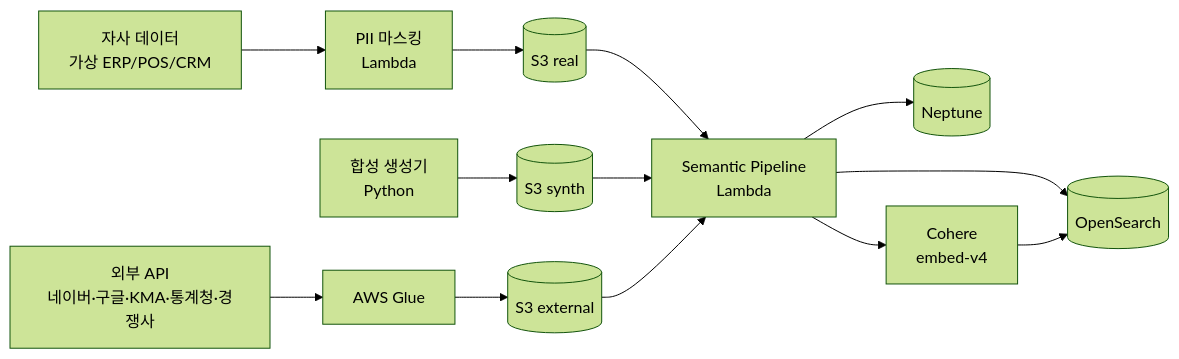
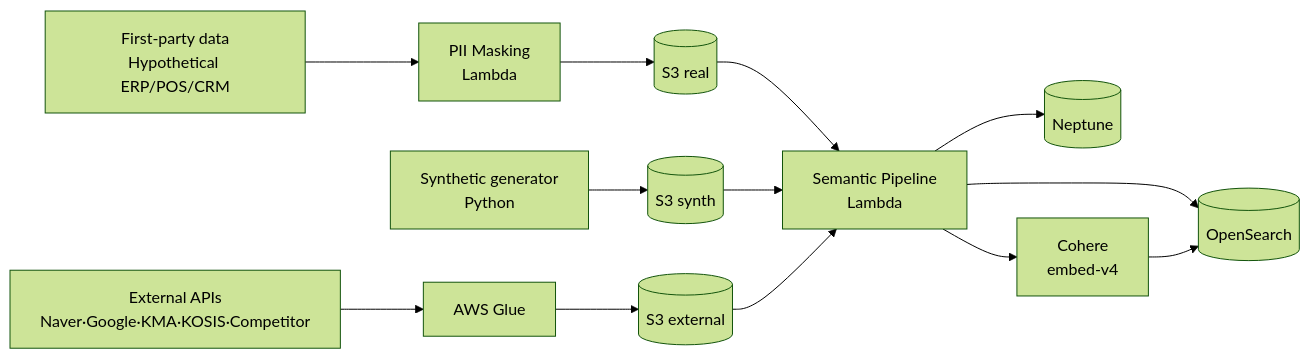
The diagram in docs/industry-solutions/retail/lg-hnh-marketing-innovation/04-data-sources.md (devfloor9/engineering-playbook), drawn with Mermaid (forest theme) before and after one commit. The commit also changed other lines of this file and 954 other files, not shown here.

````diff
--- a/docs/industry-solutions/retail/lg-hnh-marketing-innovation/04-data-sources.md
+++ b/docs/industry-solutions/retail/lg-hnh-marketing-innovation/04-data-sources.md
@@ -147,13 +147,13 @@
 ```mermaid
 graph LR
-    Src[자사 데이터<br/>가상 ERP/POS/CRM] --> Mask[PII 마스킹<br/>Lambda]
+    Src[First-party data<br/>Hypothetical ERP/POS/CRM] --> Mask[PII Masking<br/>Lambda]
     Mask --> S3R[(S3 real)]
-    Synth[합성 생성기<br/>Python] --> S3S[(S3 synth)]
-    Ext[외부 API<br/>네이버·구글·KMA·통계청·경쟁사] --> Glue[AWS Glue]
+    Synth[Synthetic generator<br/>Python] --> S3S[(S3 synth)]
+    Ext[External APIs<br/>Naver·Google·KMA·KOSIS·Competitor] --> Glue[AWS Glue]
     Glue --> S3E[(S3 external)]
     S3R & S3S & S3E --> SemPipe[Semantic Pipeline<br/>Lambda]
     SemPipe --> Neptune[(Neptune)]
     SemPipe --> OS[(OpenSearch)]
     SemPipe --> CohereEmbed[Cohere<br/>embed-v4]
     CohereEmbed --> OS
 ```
````
